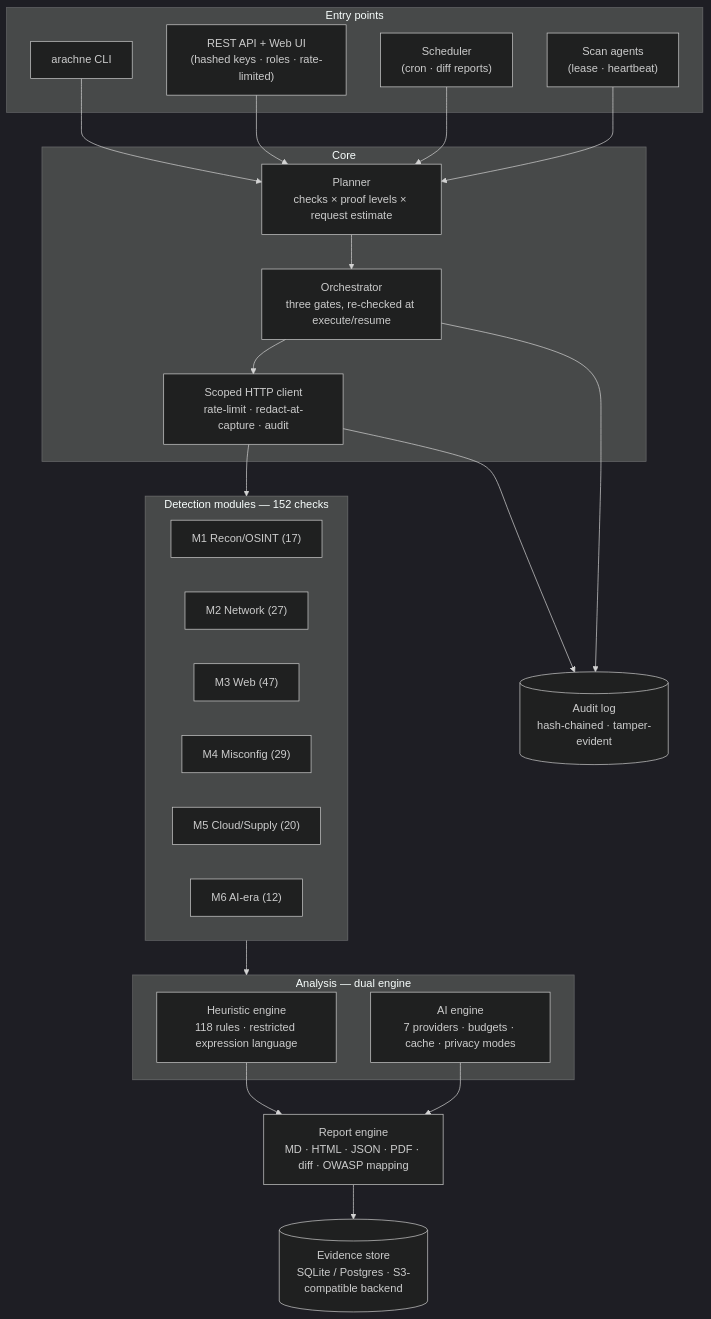
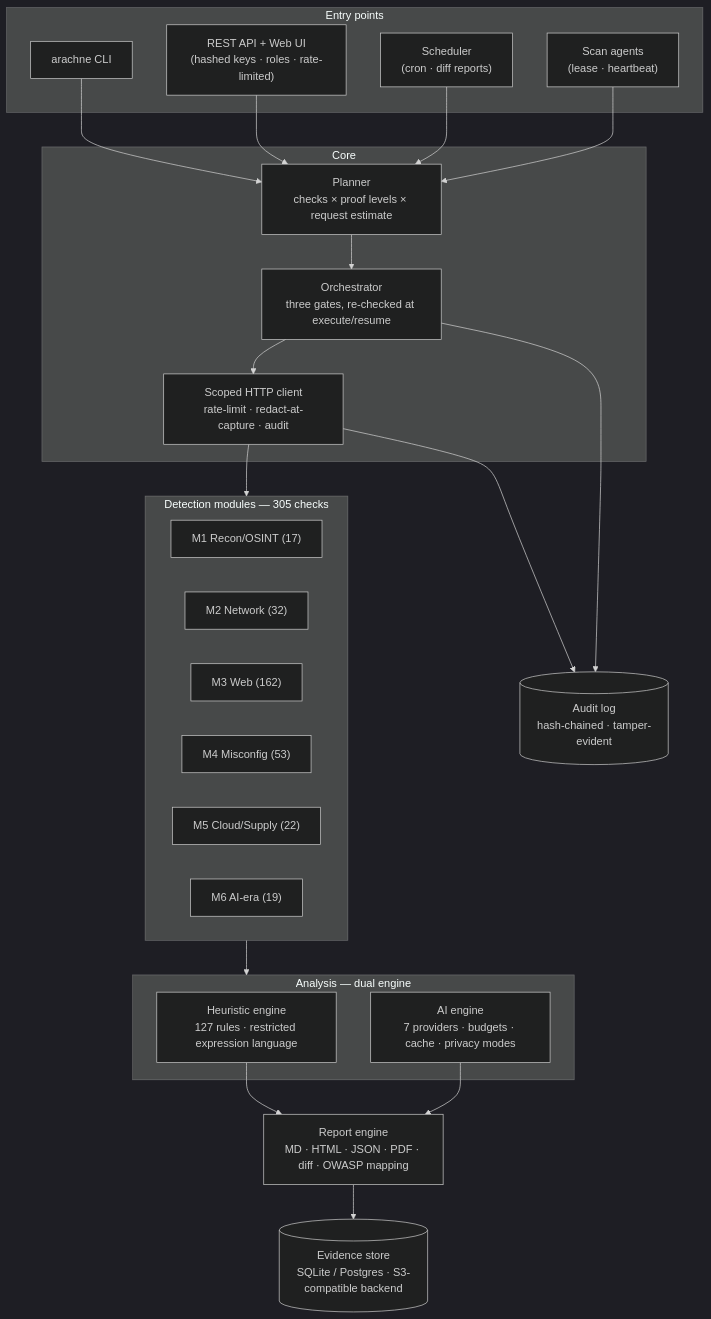
The first of 5 diagrams in docs/architecture.md (0xFE1C/ARACHNE), drawn with Mermaid (dark theme) before and after one commit. The commit also changed other lines of this file and 21 other files, not shown here.

````diff
--- a/docs/architecture.md
+++ b/docs/architecture.md
@@ -12,47 +12,47 @@
 ```mermaid
 flowchart TB
     subgraph entry["Entry points"]
         CLI["arachne CLI"]
         API["REST API + Web UI<br/>(hashed keys · roles · rate-limited)"]
         SCH["Scheduler<br/>(cron · diff reports)"]
         AGT["Scan agents<br/>(lease · heartbeat)"]
     end
 
     subgraph core["Core"]
         PLN["Planner<br/>checks × proof levels × request estimate"]
         ORC["Orchestrator<br/>three gates, re-checked at execute/resume"]
         HTTP["Scoped HTTP client<br/>rate-limit · redact-at-capture · audit"]
     end
 
-    subgraph det["Detection modules — 152 checks"]
+    subgraph det["Detection modules — 305 checks"]
         M1["M1 Recon/OSINT (17)"]
-        M2["M2 Network (27)"]
-        M3["M3 Web (47)"]
-        M4["M4 Misconfig (29)"]
-        M5["M5 Cloud/Supply (20)"]
-        M6["M6 AI-era (12)"]
+        M2["M2 Network (32)"]
+        M3["M3 Web (162)"]
+        M4["M4 Misconfig (53)"]
+        M5["M5 Cloud/Supply (22)"]
+        M6["M6 AI-era (19)"]
     end
 
     subgraph ana["Analysis — dual engine"]
-        HEUR["Heuristic engine<br/>118 rules · restricted expression language"]
+        HEUR["Heuristic engine<br/>127 rules · restricted expression language"]
         AIE["AI engine<br/>7 providers · budgets · cache · privacy modes"]
     end
 
     REP["Report engine<br/>MD · HTML · JSON · PDF · diff · OWASP mapping"]
     EVID[("Evidence store<br/>SQLite / Postgres · S3-compatible backend")]
     AUD[("Audit log<br/>hash-chained · tamper-evident")]
 
     CLI --> PLN
     API --> PLN
     SCH --> PLN
     AGT --> PLN
     PLN --> ORC
     ORC --> HTTP
     HTTP --> det
     det --> ana
     HEUR --> REP
     AIE --> REP
     REP --> EVID
     HTTP --> AUD
     ORC --> AUD
 ```
````
